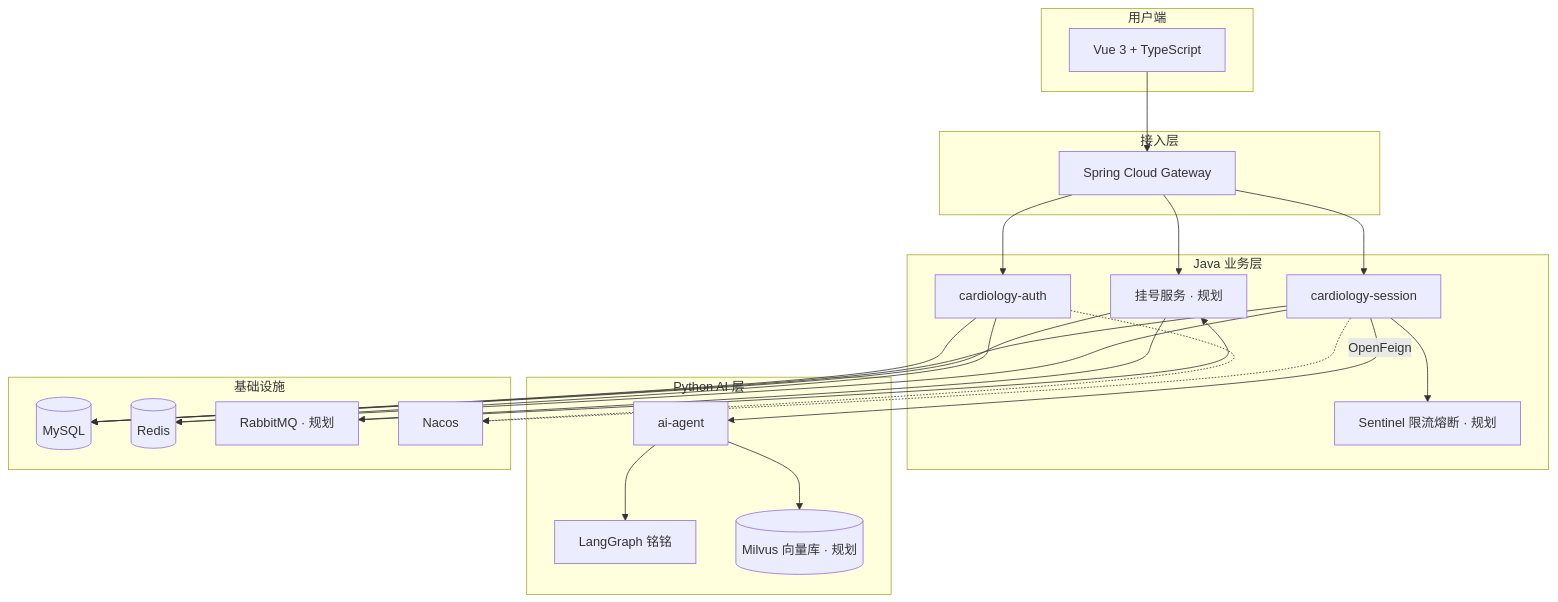
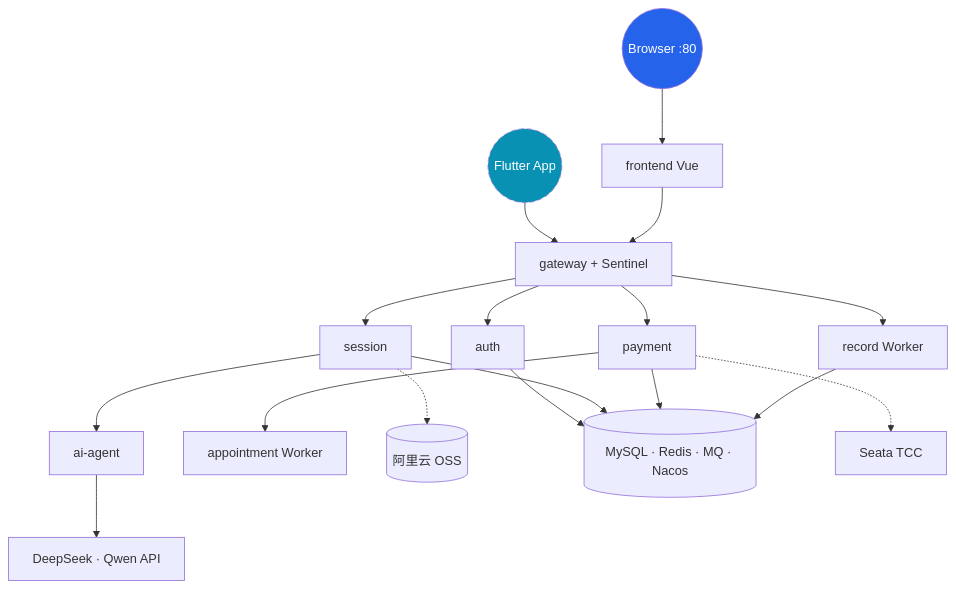
The seventh of 7 diagrams in README.md (SherwinZeng/cardiologyintelligentagent), drawn with Mermaid before and after one commit. The commit also changed other lines of this file and 116 other files, not shown here.

````diff
--- a/README.md
+++ b/README.md
@@ -38,48 +307,19 @@
 ```mermaid
 flowchart TB
-    subgraph Client["用户端"]
-        Web[Vue 3 + TypeScript]
-    end
+    WEB((Browser :80)) --> FE[frontend Vue]
+    APP((Flutter App)) --> GW[gateway + Sentinel]
+    FE --> GW
+    GW --> J1[auth]
+    GW --> J2[session]
+    GW --> J3[payment]
+    GW --> J4[record Worker]
+    J2 --> PY[ai-agent]
+    J3 --> J5[appointment Worker]
+    J2 -.-> OSS[(阿里云 OSS)]
+    J1 & J2 & J3 & J4 --> DB[(MySQL · Redis · MQ · Nacos)]
+    J3 -.-> SEATA[Seata TCC]
+    PY --> API[DeepSeek · Qwen API]
 
-    subgraph Gateway["接入层"]
-        GW[Spring Cloud Gateway]
-    end
-
-    subgraph Java["Java 业务层"]
-        Auth[cardiology-auth]
-        Session[cardiology-session]
-        Appt[挂号服务 · 规划]
-        Sentinel[Sentinel 限流熔断 · 规划]
-    end
-
-    subgraph AI["Python AI 层"]
-        Agent[ai-agent]
-        Graph[LangGraph 铭铭]
-        Milvus[(Milvus 向量库 · 规划)]
-    end
-
-    subgraph Infra["基础设施"]
-        MySQL[(MySQL)]
-        Redis[(Redis)]
-        MQ[RabbitMQ · 规划]
-        Nacos[Nacos]
-    end
-
-    Web --> GW
-    GW --> Auth
-    GW --> Session
-    GW --> Appt
-    Session --> Sentinel
-    Session -->|OpenFeign| Agent
-    Agent --> Graph
-    Agent --> Milvus
-    Auth --> MySQL
-    Auth --> Redis
-    Session --> MySQL
-    Session --> Redis
-    Appt --> MQ
-    Appt --> MySQL
-    MQ --> Appt
-    Auth -.-> Nacos
-    Session -.-> Nacos
+    style WEB fill:#2563eb,color:#fff
+    style APP fill:#0891b2,color:#fff,stroke-dasharray:6 4
 ```
````
